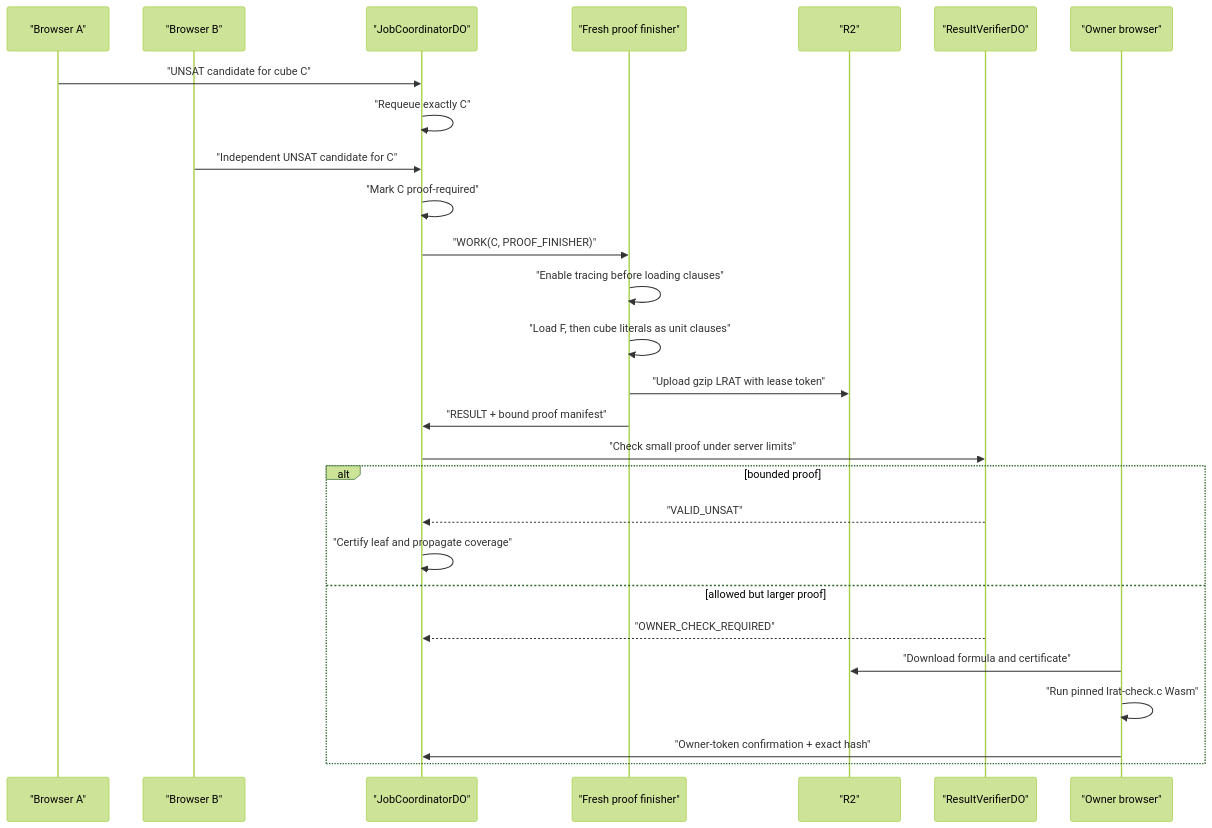
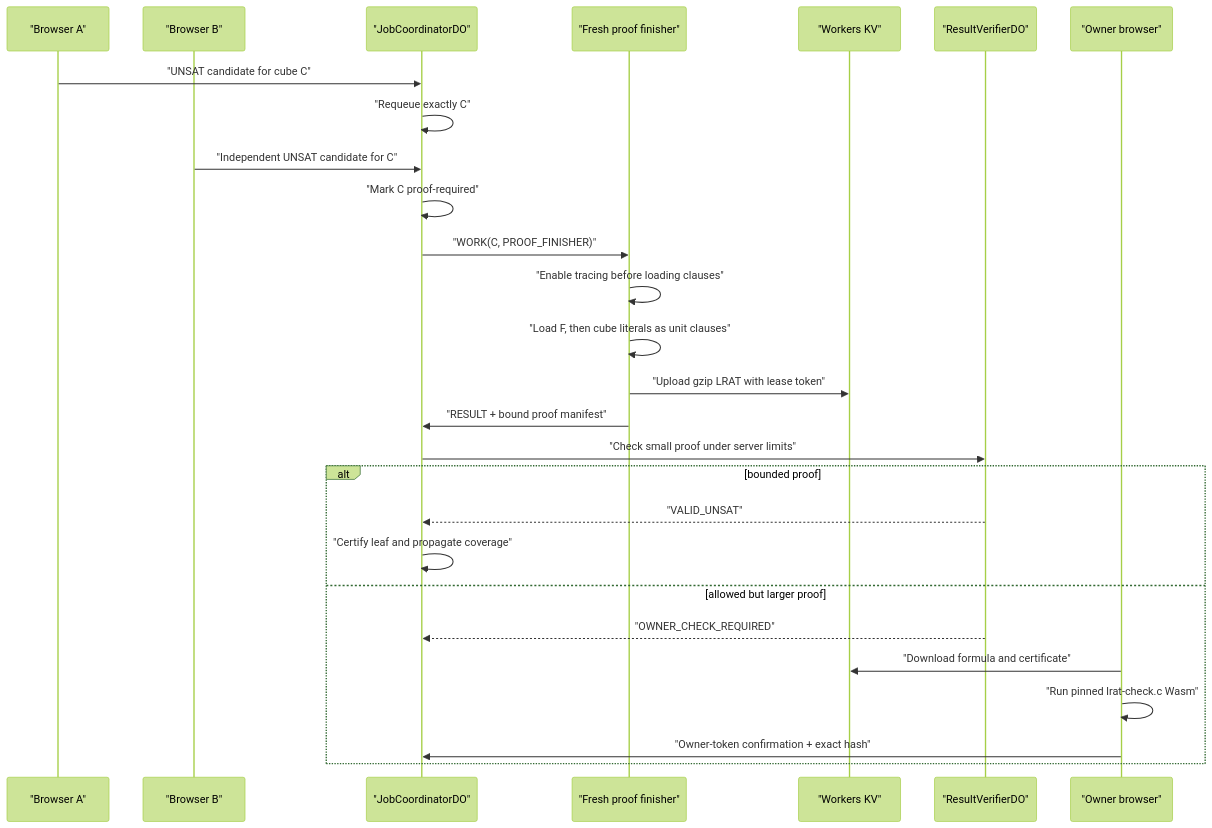
The first of 2 diagrams in docs/guide/07-proof-carrying-unsat.md (LukeLawsonSoftware/hive-sat), drawn with Mermaid (forest theme) before and after one commit. The commit also changed other lines of this file and 30 other files, not shown here.

````diff
--- a/docs/guide/07-proof-carrying-unsat.md
+++ b/docs/guide/07-proof-carrying-unsat.md
@@ -15,30 +15,30 @@
 ```mermaid
 sequenceDiagram
   participant A as "Browser A"
   participant B as "Browser B"
   participant J as "JobCoordinatorDO"
   participant F as "Fresh proof finisher"
-  participant R as "R2"
+  participant K as "Workers KV"
   participant V as "ResultVerifierDO"
   participant O as "Owner browser"
 
   A->>J: "UNSAT candidate for cube C"
   J->>J: "Requeue exactly C"
   B->>J: "Independent UNSAT candidate for C"
   J->>J: "Mark C proof-required"
   J->>F: "WORK(C, PROOF_FINISHER)"
   F->>F: "Enable tracing before loading clauses"
   F->>F: "Load F, then cube literals as unit clauses"
-  F->>R: "Upload gzip LRAT with lease token"
+  F->>K: "Upload gzip LRAT with lease token"
   F->>J: "RESULT + bound proof manifest"
   J->>V: "Check small proof under server limits"
   alt bounded proof
     V-->>J: "VALID_UNSAT"
     J->>J: "Certify leaf and propagate coverage"
   else allowed but larger proof
     V-->>J: "OWNER_CHECK_REQUIRED"
-    O->>R: "Download formula and certificate"
+    O->>K: "Download formula and certificate"
     O->>O: "Run pinned lrat-check.c Wasm"
     O->>J: "Owner-token confirmation + exact hash"
   end
 ```
````
